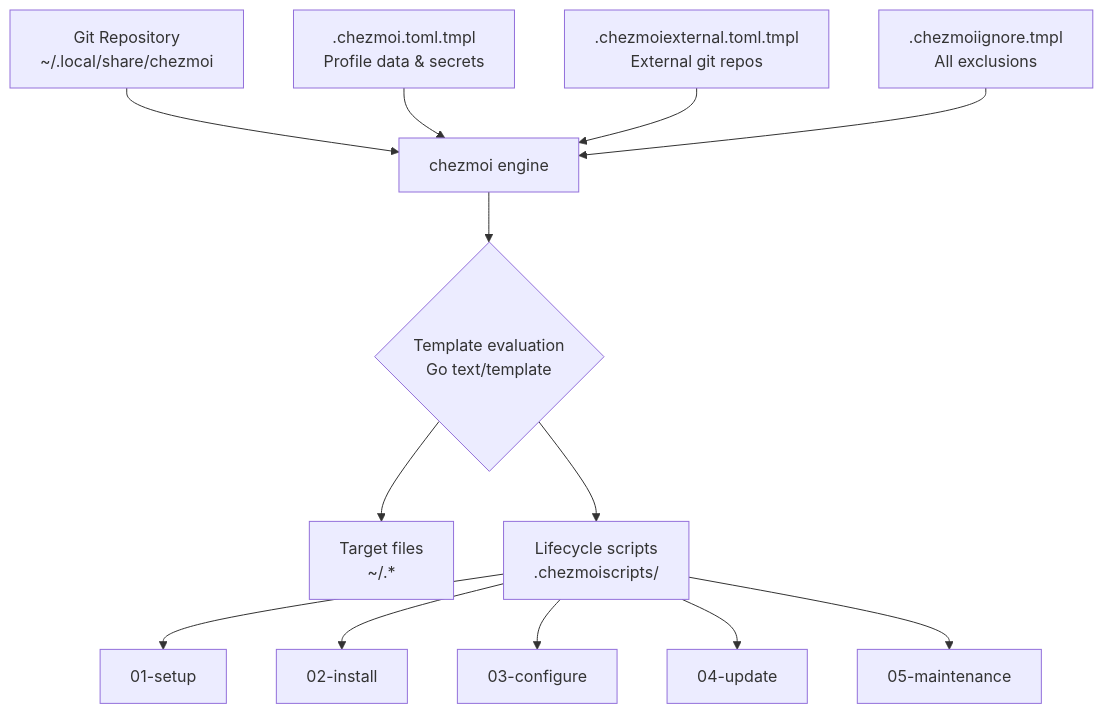
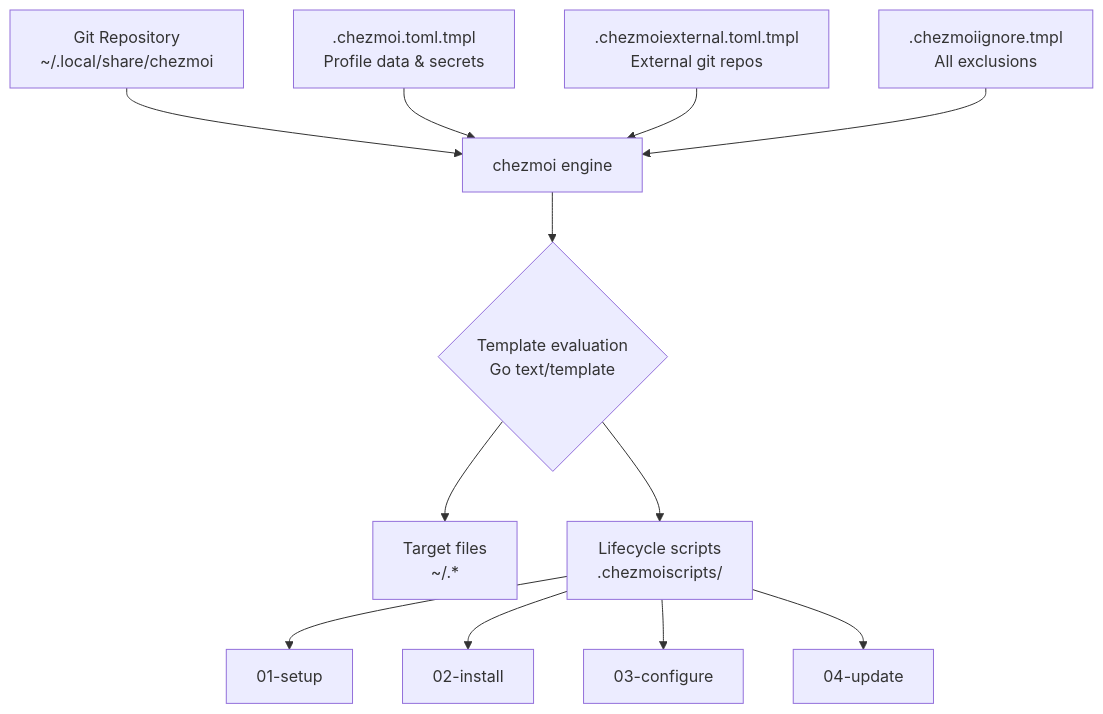
One commit to jsoyer/dotfiles changed the first of 6 diagrams in docs/ARCHITECTURE.md. Above: the diagram before and after it, drawn with Mermaid. The commit also changed other lines of this file and 5 other files, not shown here.

````diff
--- a/docs/ARCHITECTURE.md
+++ b/docs/ARCHITECTURE.md
@@ -7,15 +7,14 @@
 ```mermaid
 graph TD
     A[Git Repository<br>~/.local/share/chezmoi] --> B[chezmoi engine]
     C[.chezmoi.toml.tmpl<br>Profile data & secrets] --> B
     D[.chezmoiexternal.toml.tmpl<br>External git repos] --> B
     E[.chezmoiignore.tmpl<br>All exclusions] --> B
     B --> F{Template evaluation<br>Go text/template}
     F --> G[Target files<br>~/.*]
     F --> H[Lifecycle scripts<br>.chezmoiscripts/]
     H --> I[01-setup]
     H --> J[02-install]
     H --> K[03-configure]
     H --> L[04-update]
-    H --> M[05-maintenance]
 ```
````
